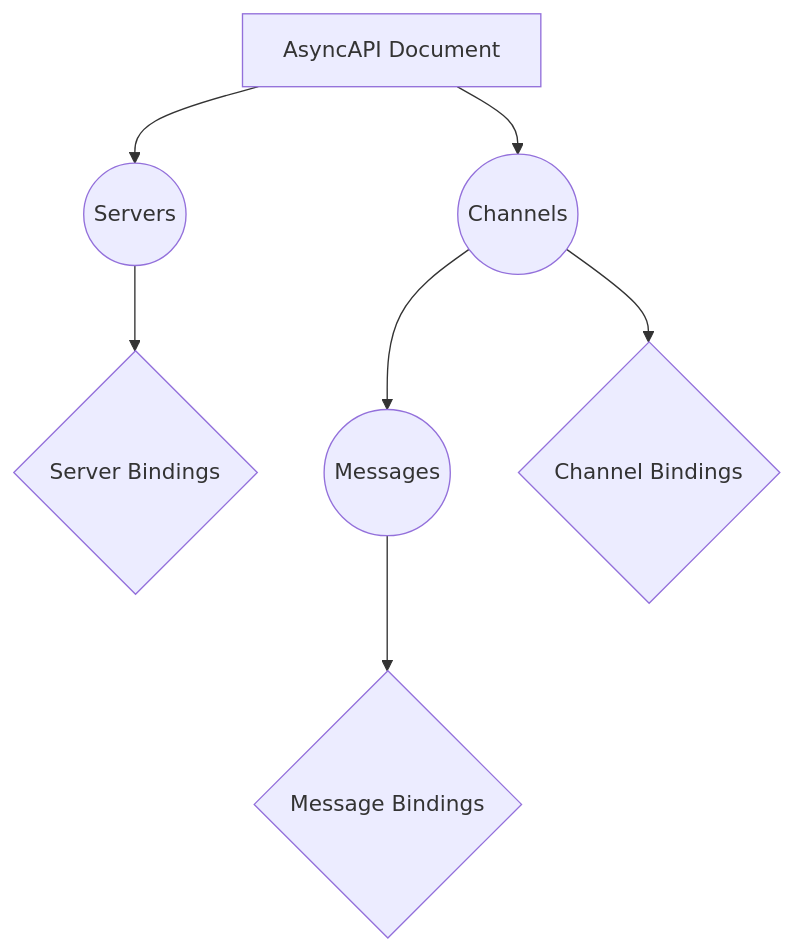
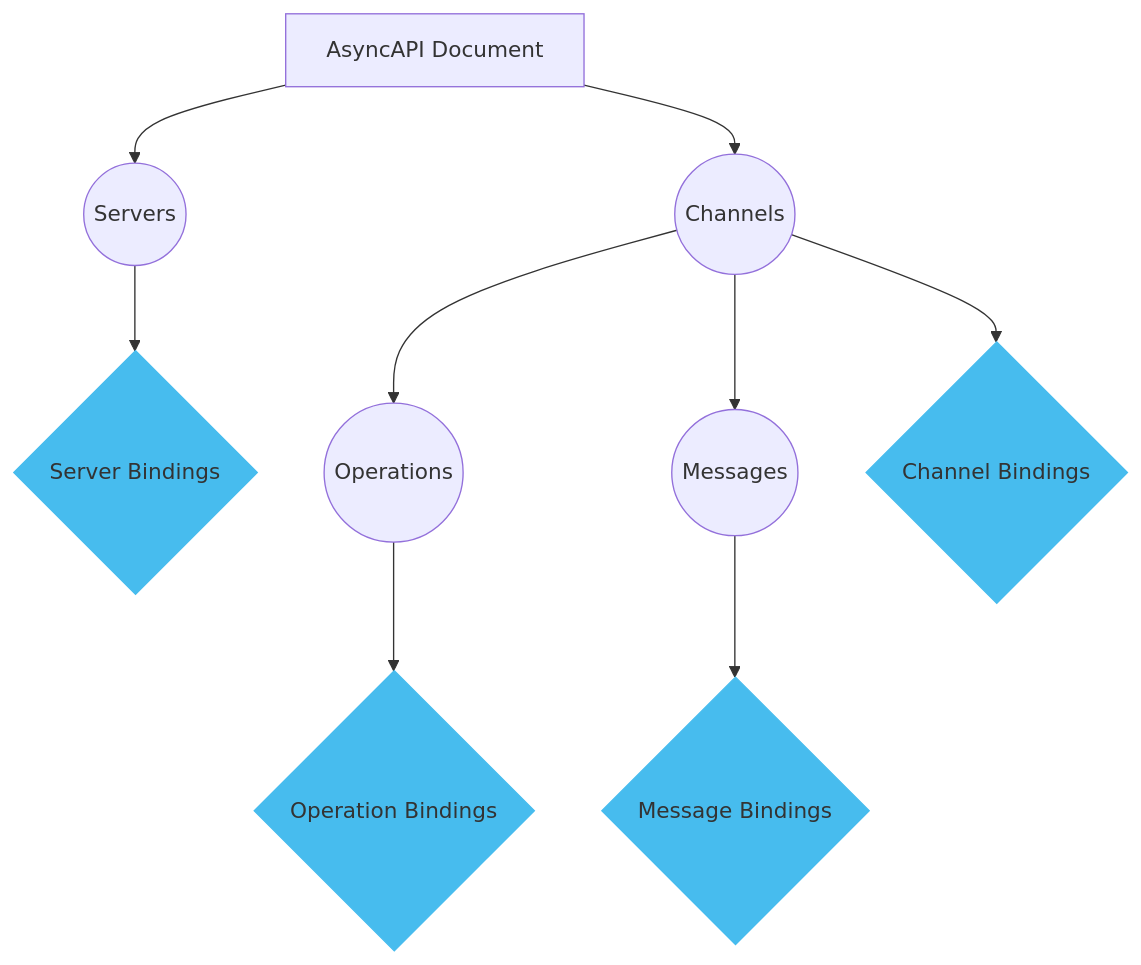
One commit to asyncapi/website changed the first of 6 diagrams in pages/docs/concepts/asyncapi-document/adding-bindings.md. Above: the diagram before and after it, drawn with Mermaid. The commit also changed other lines of this file, not shown here.

````diff
--- a/pages/docs/concepts/asyncapi-document/adding-bindings.md
+++ b/pages/docs/concepts/asyncapi-document/adding-bindings.md
@@ -8,9 +10,16 @@
 ```mermaid
 graph TD
 A[AsyncAPI Document] --> B((Servers))
 A --> D((Channels))
-D --> E((Messages))
+D --> E((Operations))
+D --> F((Messages))
 B --> C{Server Bindings}
-D --> F{Channel Bindings}
-E --> G{Message Bindings}
+D --> G{Channel Bindings}
+E --> H{Operation Bindings}
+F --> I{Message Bindings}
+
+style C fill:#47BCEE,stroke:#47BCEE;
+style G fill:#47BCEE,stroke:#47BCEE;
+style H fill:#47BCEE,stroke:#47BCEE;
+style I fill:#47BCEE,stroke:#47BCEE;
 ```
````
